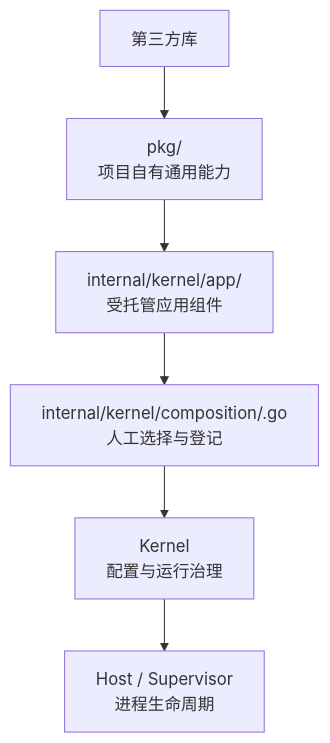
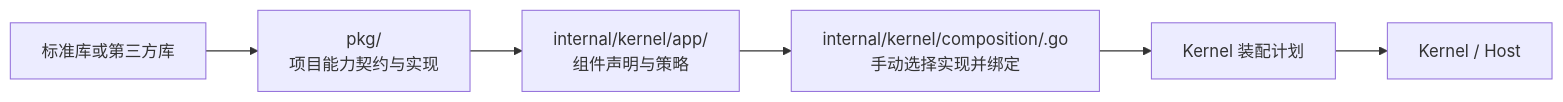
Before and after one commit to rin721/go-scaffold-template: the diagram in docs/research/002-kernel-app-manual-composition/03-target-component-model.md, drawn with Mermaid. The commit also changed other lines of this file and 14 other files, not shown here.

Commit message:
docs: 设计 Kernel App 多态装配基础

````diff
--- a/docs/research/002-kernel-app-manual-composition/03-target-component-model.md
+++ b/docs/research/002-kernel-app-manual-composition/03-target-component-model.md
@@ -7,8 +9,8 @@
 ```mermaid
-flowchart TB
-    Third["第三方库"] --> Pkg["pkg/<name><br/>项目自有通用能力"]
-    Pkg --> App["internal/kernel/app/<name><br/>受托管应用组件"]
-    App --> Composition["internal/kernel/composition/<name>.go<br/>人工选择与登记"]
-    Composition --> Kernel["Kernel<br/>配置与运行治理"]
-    Kernel --> Host["Host / Supervisor<br/>进程生命周期"]
+flowchart LR
+    Third["标准库或第三方库"] --> Pkg["pkg/<name><br/>项目能力契约与实现"]
+    Pkg --> App["internal/kernel/app/<name><br/>组件声明与策略"]
+    App --> Composition["internal/kernel/composition/<name>.go<br/>手动选择实现并绑定"]
+    Composition --> Plan["Kernel 装配计划"]
+    Plan --> Runtime["Kernel / Host"]
 ```
````
